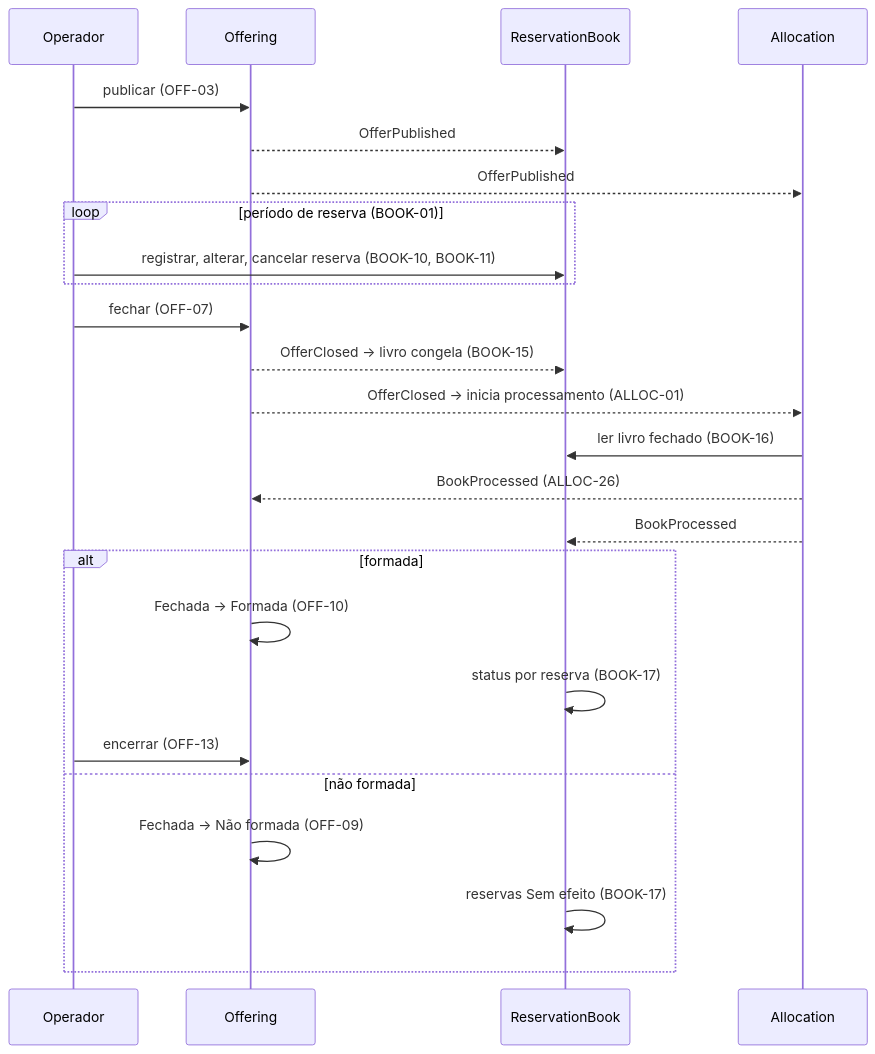
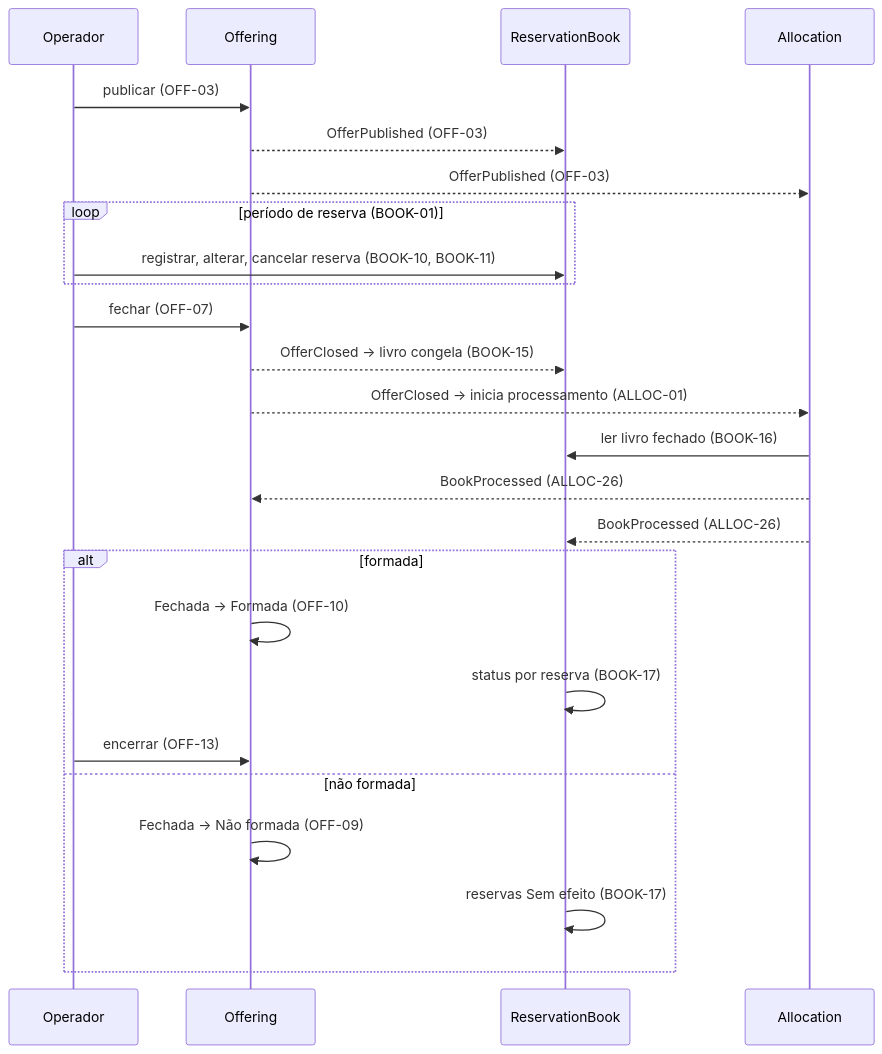
One commit to guilhermesalvi/fund-distribution-platform changed the first of 2 diagrams in docs/prd/0000-platform-overview.md. Above: the diagram before and after it, drawn with Mermaid. The commit also changed other lines of this file and 3 other files, not shown here.

````diff
--- a/docs/prd/0000-platform-overview.md
+++ b/docs/prd/0000-platform-overview.md
@@ -43,28 +43,28 @@
 ```mermaid
 sequenceDiagram
     participant Operador
     participant Offering
     participant ReservationBook
     participant Allocation
 
     Operador->>Offering: publicar (OFF-03)
-    Offering-->>ReservationBook: OfferPublished
-    Offering-->>Allocation: OfferPublished
+    Offering-->>ReservationBook: OfferPublished (OFF-03)
+    Offering-->>Allocation: OfferPublished (OFF-03)
     loop período de reserva (BOOK-01)
         Operador->>ReservationBook: registrar, alterar, cancelar reserva (BOOK-10, BOOK-11)
     end
     Operador->>Offering: fechar (OFF-07)
     Offering-->>ReservationBook: OfferClosed → livro congela (BOOK-15)
     Offering-->>Allocation: OfferClosed → inicia processamento (ALLOC-01)
     Allocation->>ReservationBook: ler livro fechado (BOOK-16)
     Allocation-->>Offering: BookProcessed (ALLOC-26)
-    Allocation-->>ReservationBook: BookProcessed
+    Allocation-->>ReservationBook: BookProcessed (ALLOC-26)
     alt formada
         Offering->>Offering: Fechada → Formada (OFF-10)
         ReservationBook->>ReservationBook: status por reserva (BOOK-17)
         Operador->>Offering: encerrar (OFF-13)
     else não formada
         Offering->>Offering: Fechada → Não formada (OFF-09)
         ReservationBook->>ReservationBook: reservas Sem efeito (BOOK-17)
     end
 ```
````
